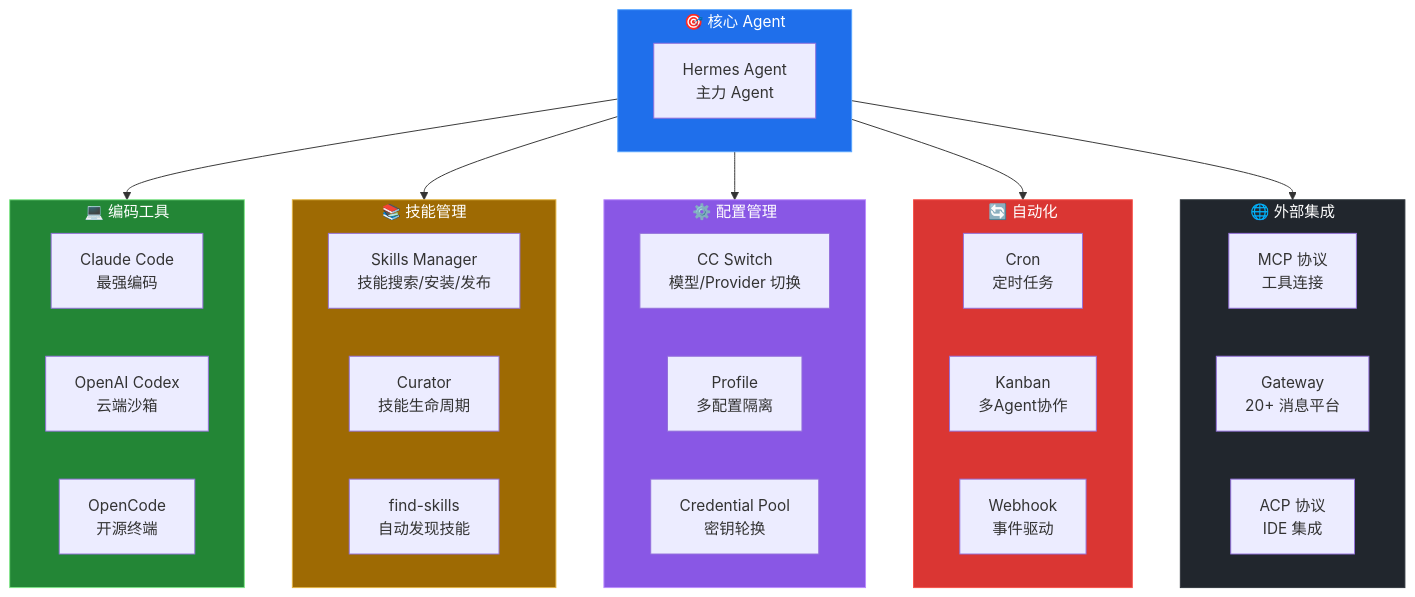
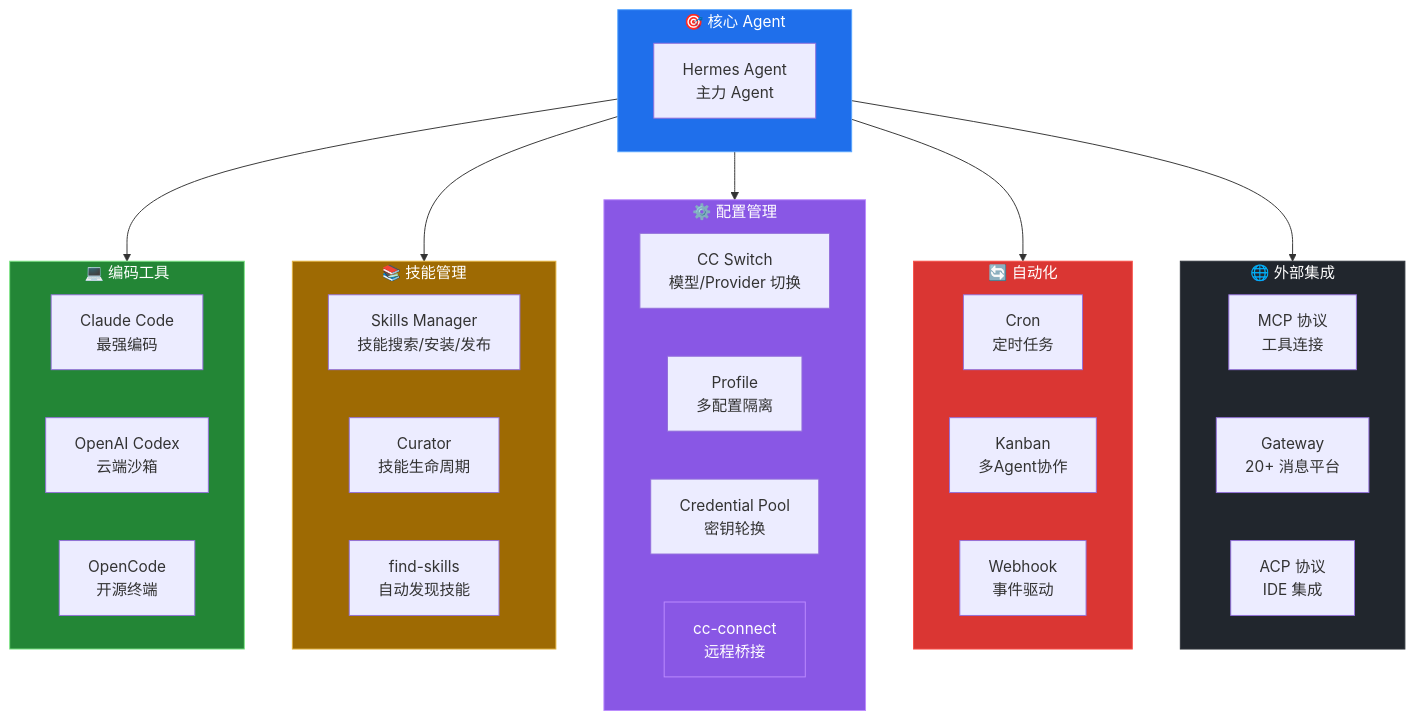
One commit to leohou0430/my-ai-stack changed diagram 13 of 13 in README.md. Above: the diagram before and after it, drawn with Mermaid. The commit also changed other lines of this file and 1 other file, not shown here.

Commit message:
docs: 新增 cc-connect 周边工具，优化 README 格式

````diff
--- a/README.md
+++ b/README.md
@@ -374,42 +371,44 @@
 ```mermaid
 graph TB
     subgraph Core["🎯 核心 Agent"]
         Hermes["Hermes Agent<br>主力 Agent"]
     end
     subgraph Coding["💻 编码工具"]
         CC["Claude Code<br>最强编码"]
         Codex["OpenAI Codex<br>云端沙箱"]
         OC["OpenCode<br>开源终端"]
     end
     subgraph Skills["📚 技能管理"]
         SM["Skills Manager<br>技能搜索/安装/发布"]
         Curator["Curator<br>技能生命周期"]
         FindSkills["find-skills<br>自动发现技能"]
     end
     subgraph Config["⚙️ 配置管理"]
         CCSwitch["CC Switch<br>模型/Provider 切换"]
         Profile["Profile<br>多配置隔离"]
         Auth["Credential Pool<br>密钥轮换"]
+        CCConn["cc-connect<br>远程桥接"]
     end
     subgraph Automation["🔄 自动化"]
         Cron["Cron<br>定时任务"]
         Kanban["Kanban<br>多Agent协作"]
         Webhook["Webhook<br>事件驱动"]
     end
     subgraph External["🌐 外部集成"]
         MCP["MCP 协议<br>工具连接"]
         Gateway["Gateway<br>20+ 消息平台"]
         ACP["ACP 协议<br>IDE 集成"]
     end
     Core --> Coding
     Core --> Skills
     Core --> Config
     Core --> Automation
     Core --> External
     style Core fill:#1f6feb,stroke:#58a6ff,color:#fff
     style Coding fill:#238636,stroke:#7ee787,color:#fff
     style Skills fill:#9e6a03,stroke:#e3b341,color:#fff
     style Config fill:#8957e5,stroke:#bc8cff,color:#fff
+    style CCConn fill:#8957e5,stroke:#bc8cff,color:#fff
     style Automation fill:#da3633,stroke:#f85149,color:#fff
     style External fill:#21262d,stroke:#30363d,color:#fff
 ```
````
